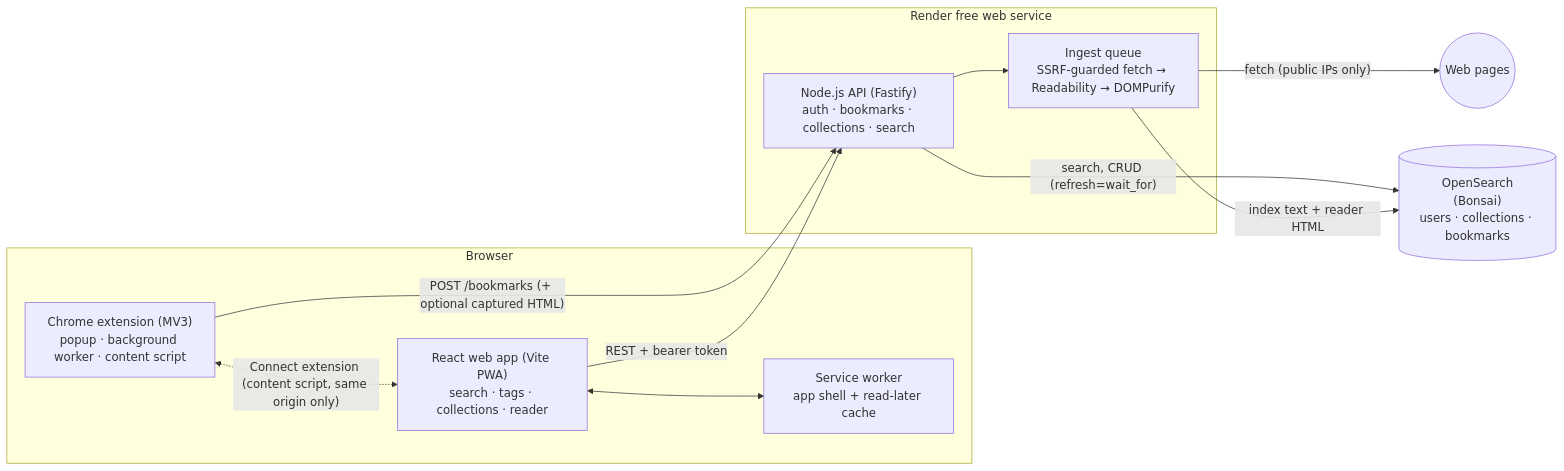
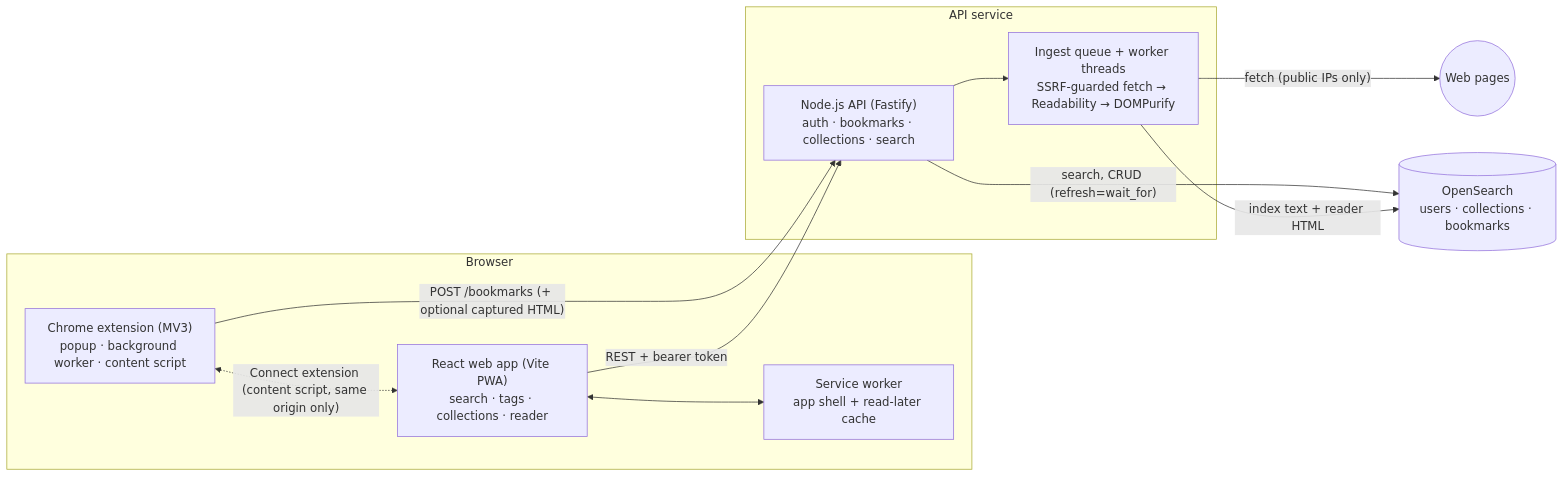
The diagram in README.md (Isaacpyo/LinkVault), drawn with Mermaid before and after one commit. The commit also changed other lines of this file and 5 other files, not shown here.

````diff
--- a/README.md
+++ b/README.md
@@ -45,25 +66,25 @@
 ```mermaid
 flowchart LR
   subgraph Browser
     EXT["Chrome extension (MV3)<br/>popup · background worker · content script"]
     WEB["React web app (Vite PWA)<br/>search · tags · collections · reader"]
     SW["Service worker<br/>app shell + read-later cache"]
     WEB <--> SW
   end
 
-  subgraph Render["Render free web service"]
+  subgraph Render["API service"]
     API["Node.js API (Fastify)<br/>auth · bookmarks · collections · search"]
-    Q["Ingest queue<br/>SSRF-guarded fetch → Readability → DOMPurify"]
+    Q["Ingest queue + worker threads<br/>SSRF-guarded fetch → Readability → DOMPurify"]
     API --> Q
   end
 
-  OS[("OpenSearch<br/>(Bonsai)<br/>users · collections · bookmarks")]
+  OS[("OpenSearch<br/>users · collections · bookmarks")]
   SITES(("Web pages"))
 
   EXT -- "POST /bookmarks (+ optional captured HTML)" --> API
   WEB -- "REST + bearer token" --> API
   EXT <-. "Connect extension (content script, same origin only)" .-> WEB
   API -- "search, CRUD (refresh=wait_for)" --> OS
   Q -- "fetch (public IPs only)" --> SITES
   Q -- "index text + reader HTML" --> OS
 ```
````
